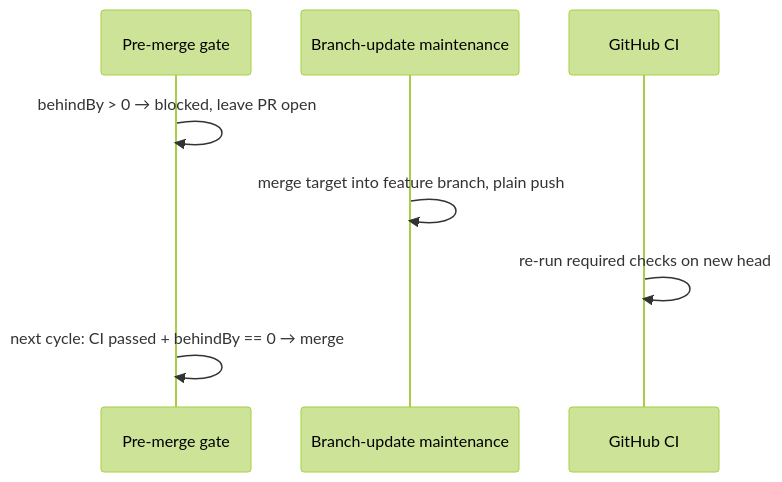
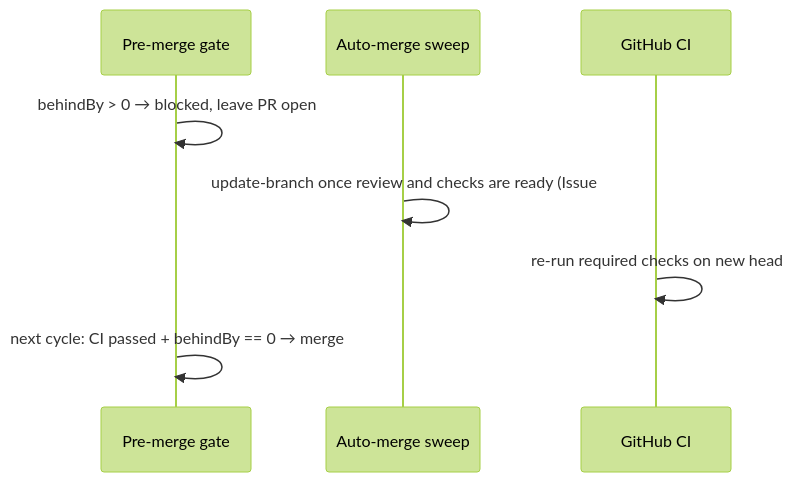
The eighth of 12 diagrams in docs/MERGE.md (stSoftwareAU/VibeCoder), drawn with Mermaid (forest theme) before and after one commit. The commit also changed other lines of this file and 18 other files, not shown here.

````diff
--- a/docs/MERGE.md
+++ b/docs/MERGE.md
@@ -605,10 +671,10 @@
 ```mermaid
 sequenceDiagram
     participant G as Pre-merge gate
-    participant M as Branch-update maintenance
+    participant M as Auto-merge sweep
     participant CI as GitHub CI
     G->>G: behindBy > 0 → blocked, leave PR open
-    M->>M: merge target into feature branch, plain push
+    M->>M: update-branch once review and checks are ready (Issue #4613)
     CI->>CI: re-run required checks on new head
     G->>G: next cycle: CI passed + behindBy == 0 → merge
 ```
````
